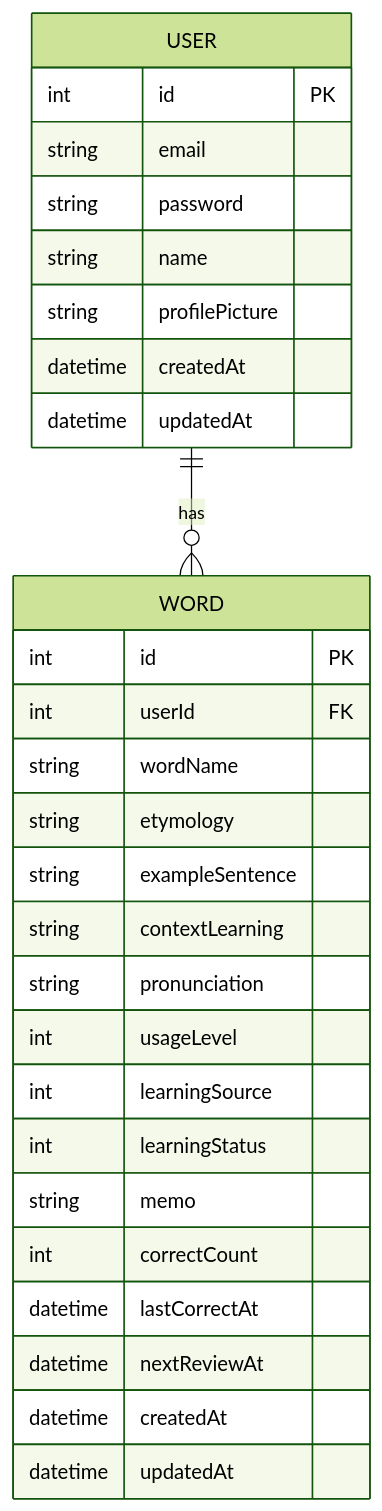
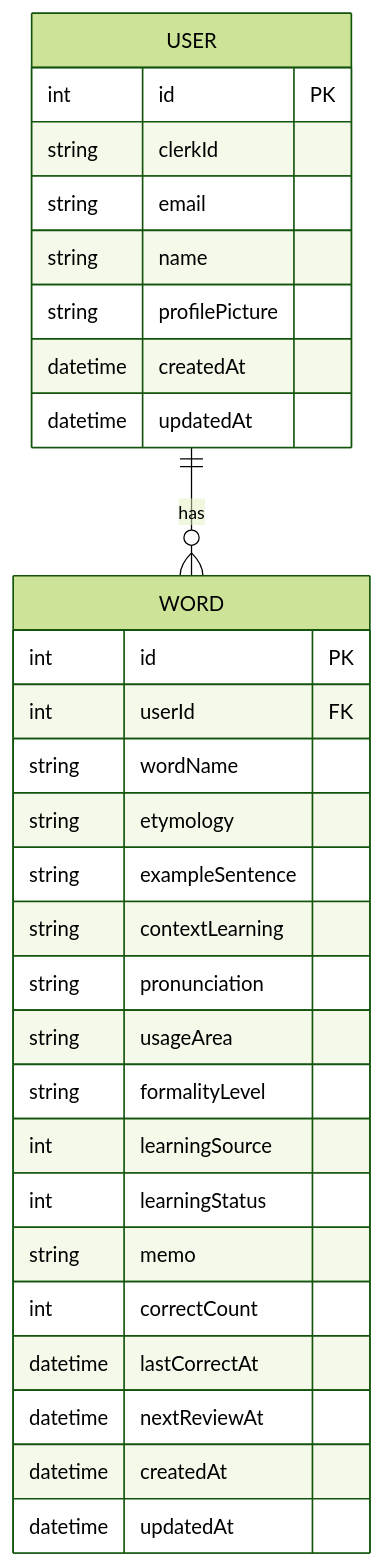
The diagram in language-app/ERD.md (yusuken1121/Language_App), drawn with Mermaid (forest theme) before and after one commit. The commit also changed 4 other files, not shown here.

Commit message:
⚡️ Update the schema and error-handling

````diff
--- a/language-app/ERD.md
+++ b/language-app/ERD.md
@@ -1,32 +1,33 @@
 ```mermaid
 erDiagram
     USER {
         int id PK
+        string clerkId
         string email
-        string password
         string name
         string profilePicture
         datetime createdAt
         datetime updatedAt
     }
     WORD {
         int id PK
         int userId FK
         string wordName
         string etymology
         string exampleSentence
         string contextLearning
         string pronunciation
-        int usageLevel
+        string usageArea
+        string formalityLevel
         int learningSource
         int learningStatus
         string memo
         int correctCount
         datetime lastCorrectAt
         datetime nextReviewAt
         datetime createdAt
         datetime updatedAt
     }
 
     USER ||--o{ WORD : "has"
 ```
````
